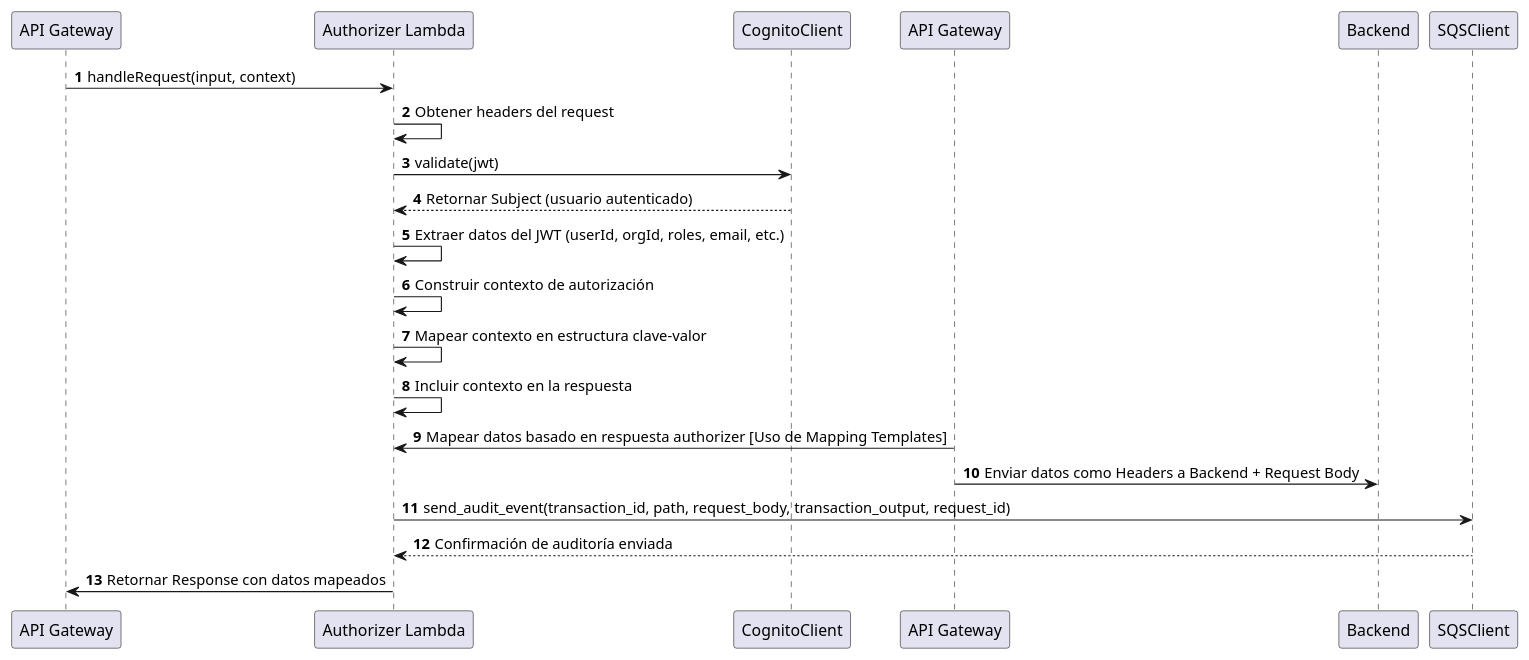
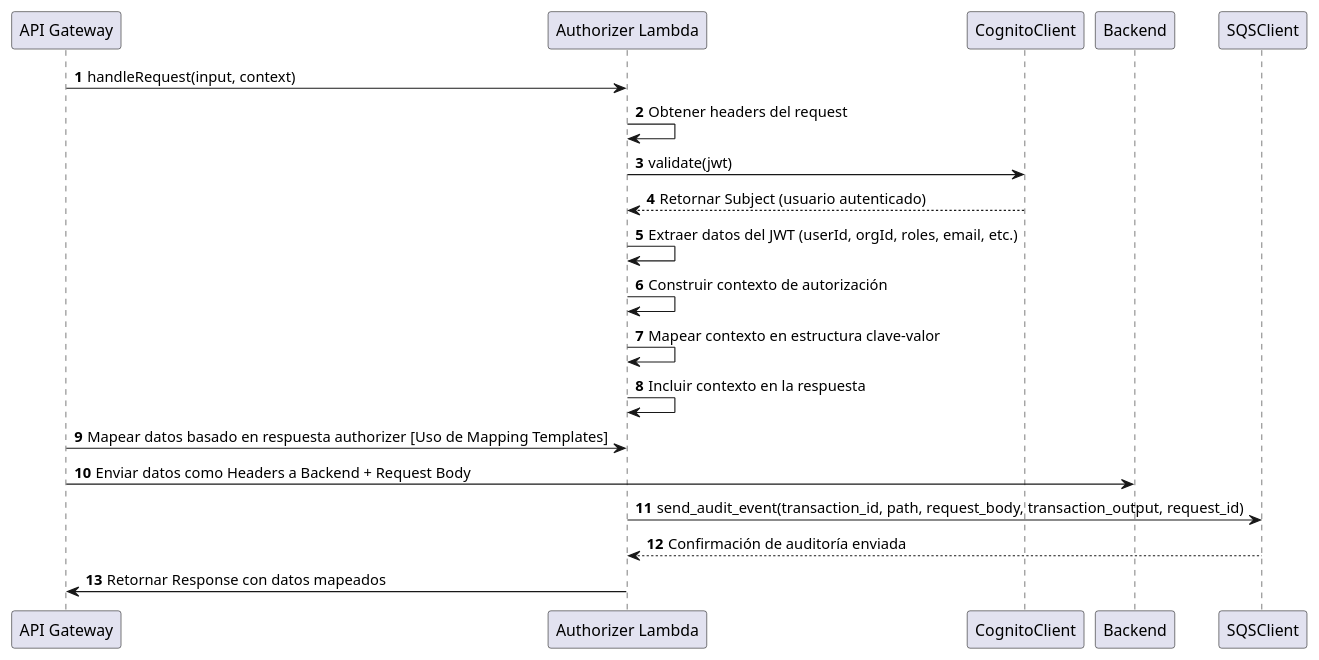
Before and after one commit to Jiliar/arch-coto-diagrams: the diagram in plant-uml/authorizer-lambdas/without-avp-roles/lambda-authorizer-handler.puml, drawn with PlantUML. The commit also changed 2 other files, not shown here.

```diff
--- a/plant-uml/authorizer-lambdas/without-avp-roles/lambda-authorizer-handler.puml
+++ b/plant-uml/authorizer-lambdas/without-avp-roles/lambda-authorizer-handler.puml
@@ -1,28 +1,27 @@
 @startuml
 autonumber
 
-participant "API Gateway" as API
+participant "API Gateway" as APIGateway
 participant "Authorizer Lambda" as Handler
 participant "CognitoClient" as Cognito
-participant "API Gateway" as APIGateway
 participant "Backend" as Backend 
 participant "SQSClient" as SQS
 
 
-API -> Handler: handleRequest(input, context)
+APIGateway -> Handler: handleRequest(input, context)
 Handler -> Handler: Obtener headers del request
 Handler -> Cognito: validate(jwt)
 Cognito --> Handler: Retornar Subject (usuario autenticado)
 
 Handler -> Handler: Extraer datos del JWT (userId, orgId, roles, email, etc.)
 Handler -> Handler: Construir contexto de autorización
 Handler -> Handler: Mapear contexto en estructura clave-valor
 Handler -> Handler: Incluir contexto en la respuesta
 APIGateway -> Handler: Mapear datos basado en respuesta authorizer [Uso de Mapping Templates]
 APIGateway -> Backend: Enviar datos como Headers a Backend + Request Body
 
 Handler -> SQS: send_audit_event(transaction_id, path, request_body, transaction_output, request_id)
 SQS --> Handler: Confirmación de auditoría enviada
 
-Handler -> API: Retornar Response con datos mapeados
+Handler -> APIGateway: Retornar Response con datos mapeados
 @enduml
```
